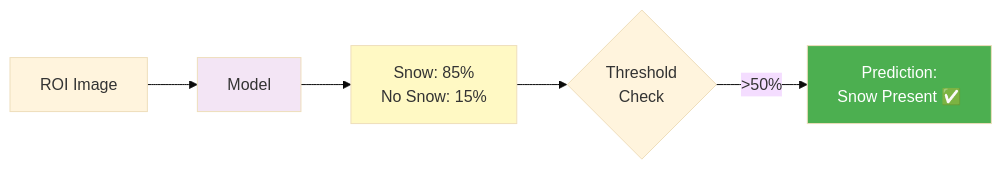
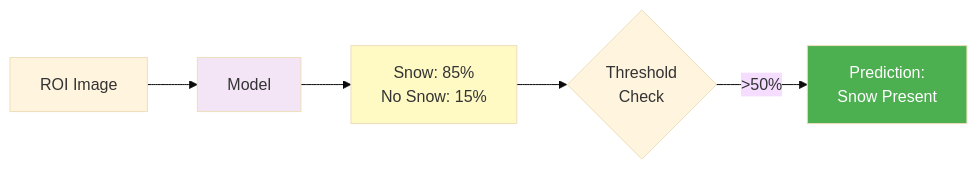
One commit to SITES-spectral/phenocai changed the fifth of 19 diagrams in docs/workflow_prediction.md. Above: the diagram before and after it, drawn with Mermaid (base theme). The commit also changed other lines of this file and 22 other files, not shown here.

````diff
--- a/docs/workflow_prediction.md
+++ b/docs/workflow_prediction.md
@@ -77,11 +77,11 @@
 ```mermaid
 graph LR
     A[ROI Image] --> B[Model]
     B --> C[Snow: 85%<br/>No Snow: 15%]
     C --> D{Threshold<br/>Check}
-    D -->|>50%| E[Prediction:<br/>Snow Present ✅]
+    D -->|>50%| E[Prediction:<br/>Snow Present]
     
     style B fill:#f3e5f5
     style C fill:#fff9c4
     style E fill:#4caf50,color:#fff
 ```
````
